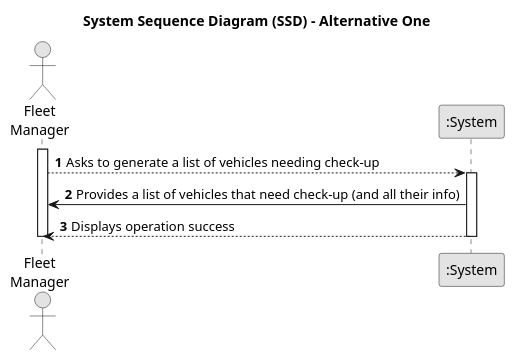
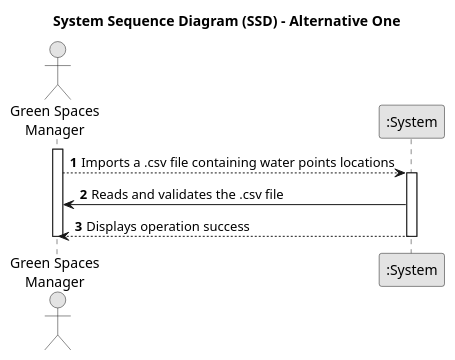
The diagram in docs/sprintB/us012/01.requirements-engineering/puml/us012-system-sequence-diagram-alternative-one.puml (SAEmanuel/Green_Spaces_Management_ISEP), drawn with PlantUML before and after one commit. The commit also changed 1 other file, not shown here.

```diff
--- a/docs/sprintB/us012/01.requirements-engineering/puml/us012-system-sequence-diagram-alternative-one.puml
+++ b/docs/sprintB/us012/01.requirements-engineering/puml/us012-system-sequence-diagram-alternative-one.puml
@@ -1,23 +1,23 @@
 @startuml
 skinparam monochrome true
 skinparam packageStyle rectangle
 skinparam shadowing false
 
 title System Sequence Diagram (SSD) - Alternative One
 
 autonumber
 
-actor "Fleet\nManager" as FM
+actor "Green Spaces\nManager" as GSM
 participant ":System" as System
 
-        activate FM
+        activate GSM
 
-        FM --> System: Asks to generate a list of vehicles needing check-up
+        GSM --> System: Imports a .csv file containing water points locations
         activate System
 
-        System -> FM : Provides a list of vehicles that need check-up (and all their info)
-        System --> FM : Displays operation success
+        System -> GSM : Reads and validates the .csv file
+        System --> GSM : Displays operation success
 
         deactivate System
-        deactivate FM
+        deactivate GSM
 @enduml
```
